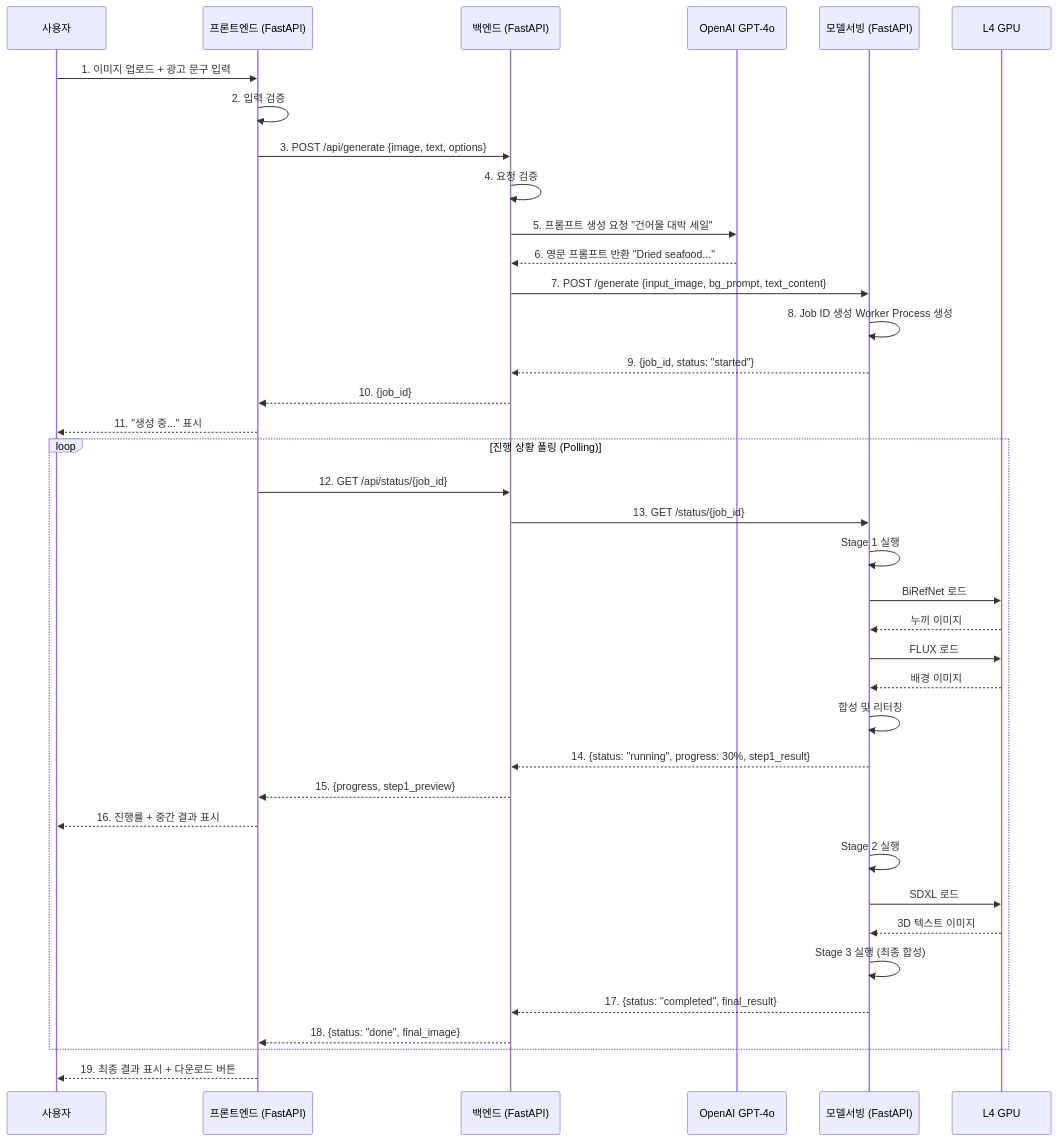
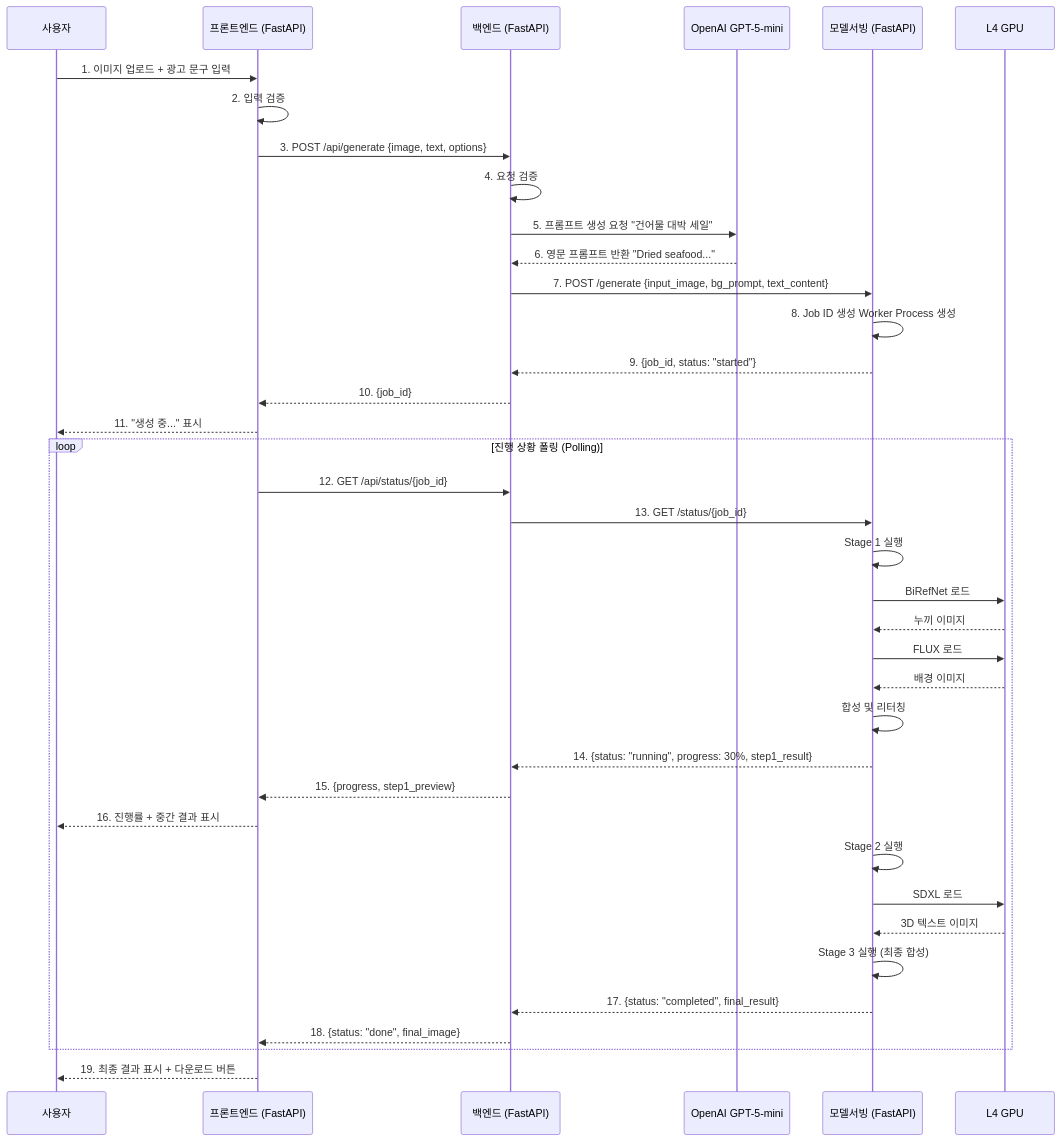
The third of 3 diagrams in docs/index.md (krapnuyij/codeit-ai-3team-ad-content), drawn with Mermaid before and after one commit. The commit also changed other lines of this file and 3 other files, not shown here.

Commit message:
GPT-5-mini

````diff
--- a/docs/index.md
+++ b/docs/index.md
@@ -135,49 +135,49 @@
 ```mermaid
 sequenceDiagram
     participant User as 사용자
     participant FE as 프론트엔드 (FastAPI)
     participant BE as 백엔드 (FastAPI)
-    participant LLM as OpenAI GPT-4o
+    participant LLM as OpenAI GPT-5-mini
     participant MS as 모델서빙 (FastAPI)
     participant GPU as L4 GPU
 
     User->>FE: 1. 이미지 업로드 + 광고 문구 입력
     FE->>FE: 2. 입력 검증
     FE->>BE: 3. POST /api/generate {image, text, options}
 
     BE->>BE: 4. 요청 검증
     BE->>LLM: 5. 프롬프트 생성 요청 "건어물 대박 세일"
     LLM-->>BE: 6. 영문 프롬프트 반환 "Dried seafood..."
 
     BE->>MS: 7. POST /generate {input_image, bg_prompt, text_content}
     MS->>MS: 8. Job ID 생성 Worker Process 생성
     MS-->>BE: 9. {job_id, status: "started"}
     BE-->>FE: 10. {job_id}
     FE-->>User: 11. "생성 중..." 표시
 
     loop 진행 상황 폴링 (Polling)
         FE->>BE: 12. GET /api/status/{job_id}
         BE->>MS: 13. GET /status/{job_id}
 
         MS->>MS: Stage 1 실행
         MS->>GPU: BiRefNet 로드
         GPU-->>MS: 누끼 이미지
         MS->>GPU: FLUX 로드
         GPU-->>MS: 배경 이미지
         MS->>MS: 합성 및 리터칭
 
         MS-->>BE: 14. {status: "running", progress: 30%, step1_result}
         BE-->>FE: 15. {progress, step1_preview}
         FE-->>User: 16. 진행률 + 중간 결과 표시
 
         MS->>MS: Stage 2 실행
         MS->>GPU: SDXL 로드
         GPU-->>MS: 3D 텍스트 이미지
 
         MS->>MS: Stage 3 실행 (최종 합성)
         MS-->>BE: 17. {status: "completed", final_result}
         BE-->>FE: 18. {status: "done", final_image}
     end
 
     FE-->>User: 19. 최종 결과 표시 + 다운로드 버튼
 ```
````
